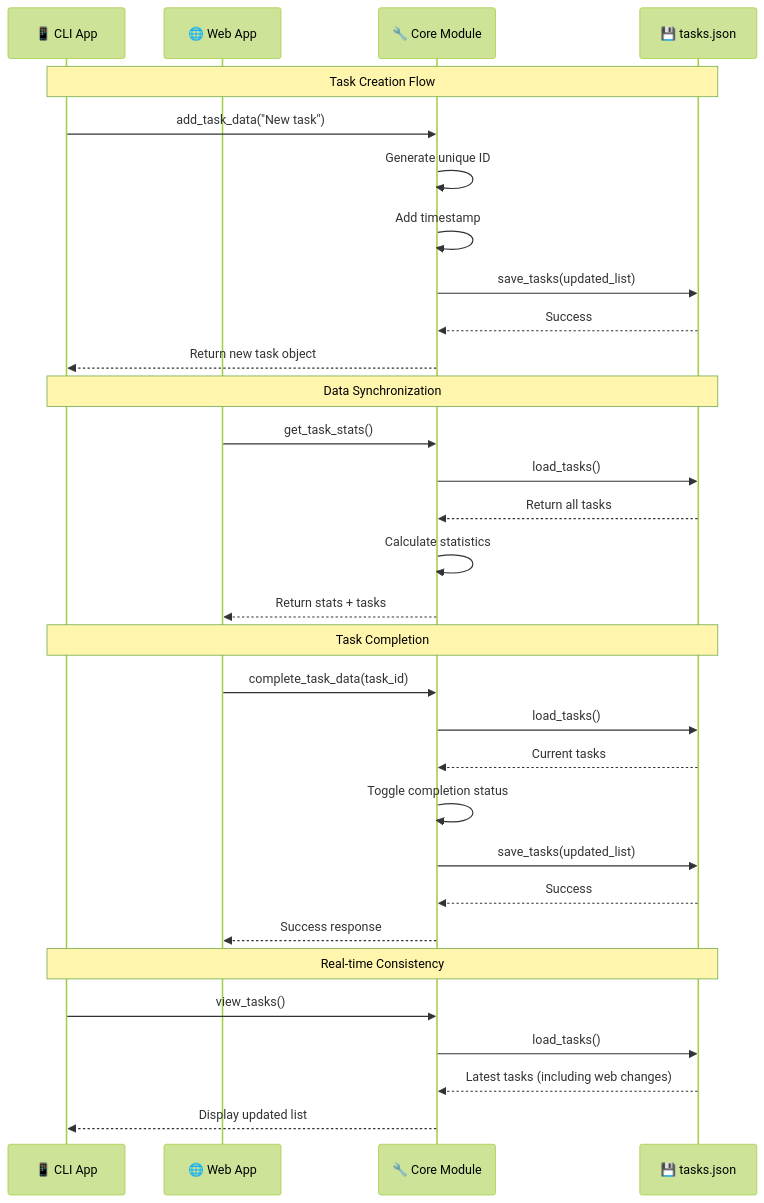
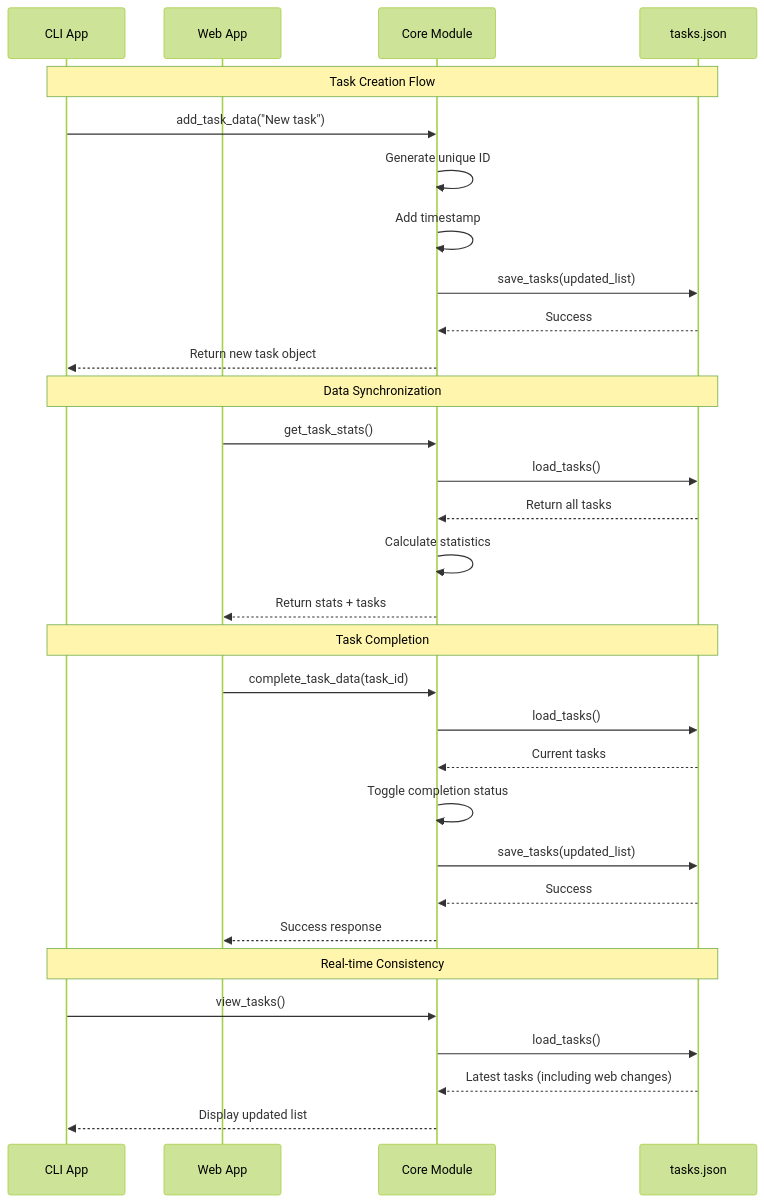
Before and after one commit to vickeycheng/AI_Test: the eighth of 18 diagrams in shared/design_document.md, drawn with Mermaid (forest theme). The commit also changed other lines of this file, not shown here.

````diff
--- a/shared/design_document.md
+++ b/shared/design_document.md
@@ -389,37 +389,37 @@
 ```mermaid
 sequenceDiagram
-    participant CLI as 📱 CLI App
-    participant WEB as 🌐 Web App
-    participant CORE as 🔧 Core Module
-    participant JSON as 💾 tasks.json
-    
-    Note over CLI,JSON: Task Creation Flow
-    CLI->>CORE: add_task_data("New task")
-    CORE->>CORE: Generate unique ID
-    CORE->>CORE: Add timestamp
-    CORE->>JSON: save_tasks(updated_list)
-    JSON-->>CORE: Success
-    CORE-->>CLI: Return new task object
-    
-    Note over CLI,JSON: Data Synchronization
-    WEB->>CORE: get_task_stats()
-    CORE->>JSON: load_tasks()
-    JSON-->>CORE: Return all tasks
-    CORE->>CORE: Calculate statistics
-    CORE-->>WEB: Return stats + tasks
-    
-    Note over CLI,JSON: Task Completion
-    WEB->>CORE: complete_task_data(task_id)
-    CORE->>JSON: load_tasks()
-    JSON-->>CORE: Current tasks
-    CORE->>CORE: Toggle completion status
-    CORE->>JSON: save_tasks(updated_list)
-    JSON-->>CORE: Success
-    CORE-->>WEB: Success response
-    
-    Note over CLI,JSON: Real-time Consistency
-    CLI->>CORE: view_tasks()
-    CORE->>JSON: load_tasks()
-    JSON-->>CORE: Latest tasks (including web changes)
-    CORE-->>CLI: Display updated list
+ participant CLI as CLI App
+ participant WEB as Web App
+ participant CORE as Core Module
+ participant JSON as tasks.json
+ 
+ Note over CLI,JSON: Task Creation Flow
+ CLI->>CORE: add_task_data("New task")
+ CORE->>CORE: Generate unique ID
+ CORE->>CORE: Add timestamp
+ CORE->>JSON: save_tasks(updated_list)
+ JSON-->>CORE: Success
+ CORE-->>CLI: Return new task object
+ 
+ Note over CLI,JSON: Data Synchronization
+ WEB->>CORE: get_task_stats()
+ CORE->>JSON: load_tasks()
+ JSON-->>CORE: Return all tasks
+ CORE->>CORE: Calculate statistics
+ CORE-->>WEB: Return stats + tasks
+ 
+ Note over CLI,JSON: Task Completion
+ WEB->>CORE: complete_task_data(task_id)
+ CORE->>JSON: load_tasks()
+ JSON-->>CORE: Current tasks
+ CORE->>CORE: Toggle completion status
+ CORE->>JSON: save_tasks(updated_list)
+ JSON-->>CORE: Success
+ CORE-->>WEB: Success response
+ 
+ Note over CLI,JSON: Real-time Consistency
+ CLI->>CORE: view_tasks()
+ CORE->>JSON: load_tasks()
+ JSON-->>CORE: Latest tasks (including web changes)
+ CORE-->>CLI: Display updated list
 ```
````
